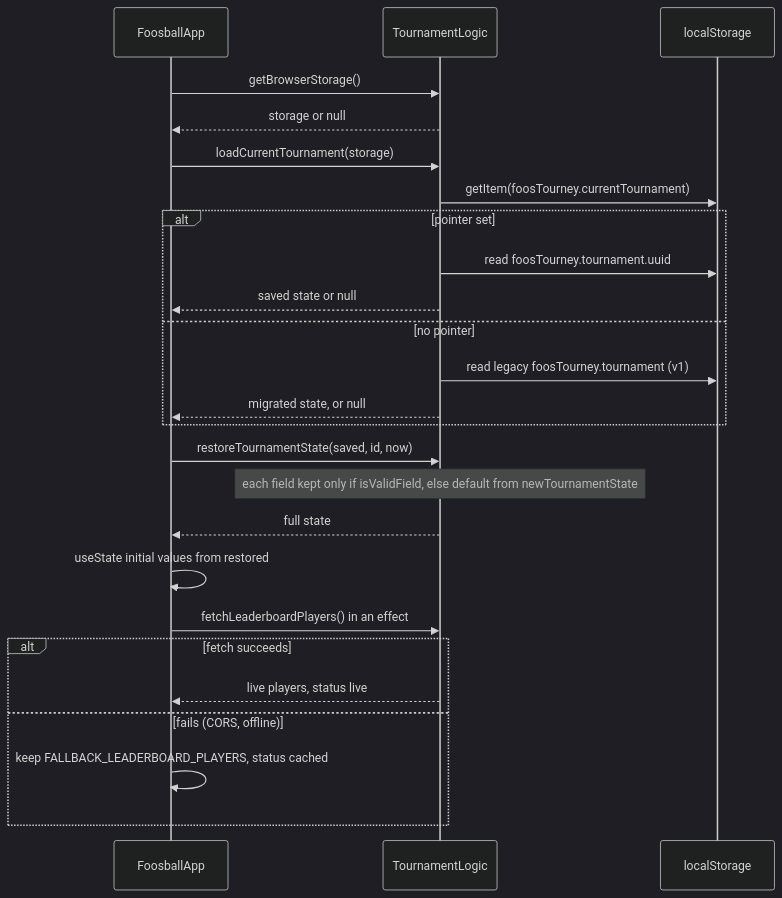
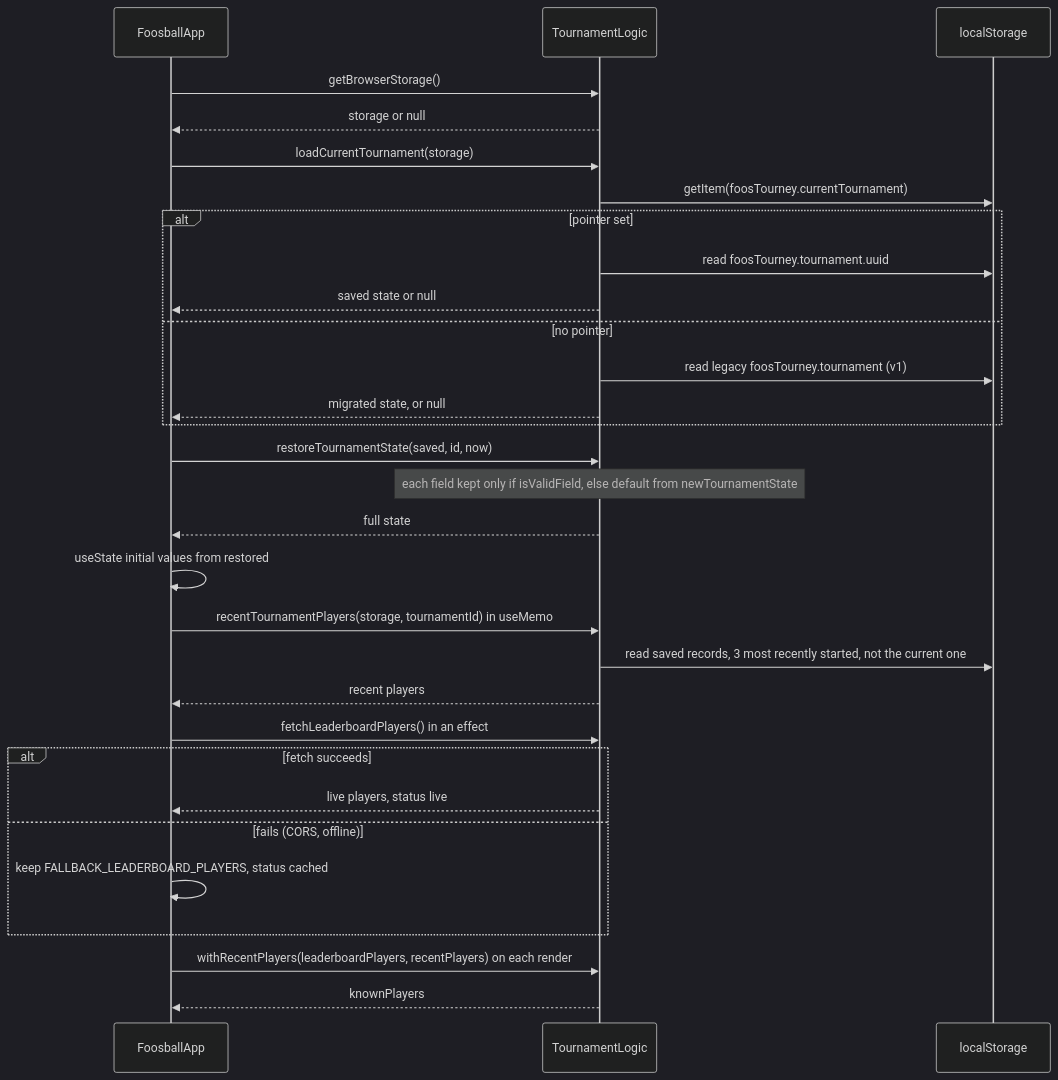
One commit to DT209/foos-tourney changed the second of 10 diagrams in .claude/Flow.md. Above: the diagram before and after it, drawn with Mermaid (dark theme). The commit also changed other lines of this file and 1 other file, not shown here.

First line of the commit message:
Update diagrams for recent players and data validation

````diff
--- a/.claude/Flow.md
+++ b/.claude/Flow.md
@@ -29,27 +29,32 @@
 ```mermaid
 sequenceDiagram
     participant C as FoosballApp
     participant M as TournamentLogic
     participant S as localStorage
     C->>M: getBrowserStorage()
     M-->>C: storage or null
     C->>M: loadCurrentTournament(storage)
     M->>S: getItem(foosTourney.currentTournament)
     alt pointer set
         M->>S: read foosTourney.tournament.uuid
         M-->>C: saved state or null
     else no pointer
         M->>S: read legacy foosTourney.tournament (v1)
         M-->>C: migrated state, or null
     end
     C->>M: restoreTournamentState(saved, id, now)
     Note over M: each field kept only if isValidField, else default from newTournamentState
     M-->>C: full state
     C->>C: useState initial values from restored
+    C->>M: recentTournamentPlayers(storage, tournamentId) in useMemo
+    M->>S: read saved records, 3 most recently started, not the current one
+    M-->>C: recent players
     C->>M: fetchLeaderboardPlayers() in an effect
     alt fetch succeeds
         M-->>C: live players, status live
     else fails (CORS, offline)
         C->>C: keep FALLBACK_LEADERBOARD_PLAYERS, status cached
     end
+    C->>M: withRecentPlayers(leaderboardPlayers, recentPlayers) on each render
+    M-->>C: knownPlayers
 ```
````
